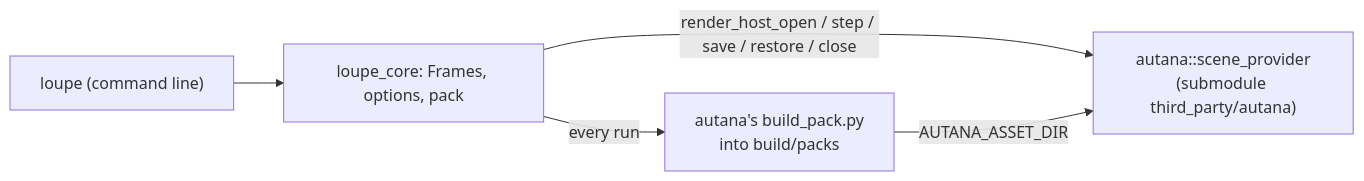
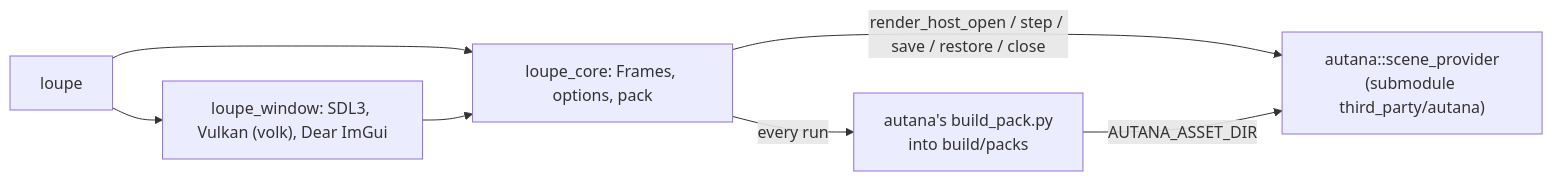
Before and after one commit to jose-villegas/loupe: the diagram in README.md, drawn with Mermaid. The commit also changed other lines of this file and 20 other files, not shown here.

First line of the commit message:
Open a scene in a window: timeline, view picker, frame

````diff
--- a/README.md
+++ b/README.md
@@ -8,7 +9,9 @@
 ```mermaid
 flowchart LR
-  cli["loupe (command line)"] --> core["loupe_core: Frames, options, pack"]
+  cli["loupe"] --> window["loupe_window: SDL3, Vulkan (volk), Dear ImGui"]
+  cli --> core["loupe_core: Frames, options, pack"]
+  window --> core
   core -- "render_host_open / step / save / restore / close" --> autana["autana::scene_provider<br/>(submodule third_party/autana)"]
   core -- "every run" --> pack["autana's build_pack.py<br/>into build/packs"]
   pack -- "AUTANA_ASSET_DIR" --> autana
 ```
````
